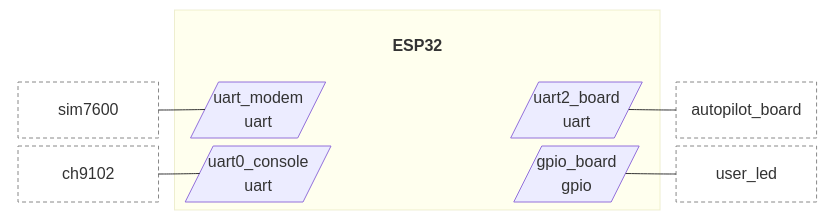
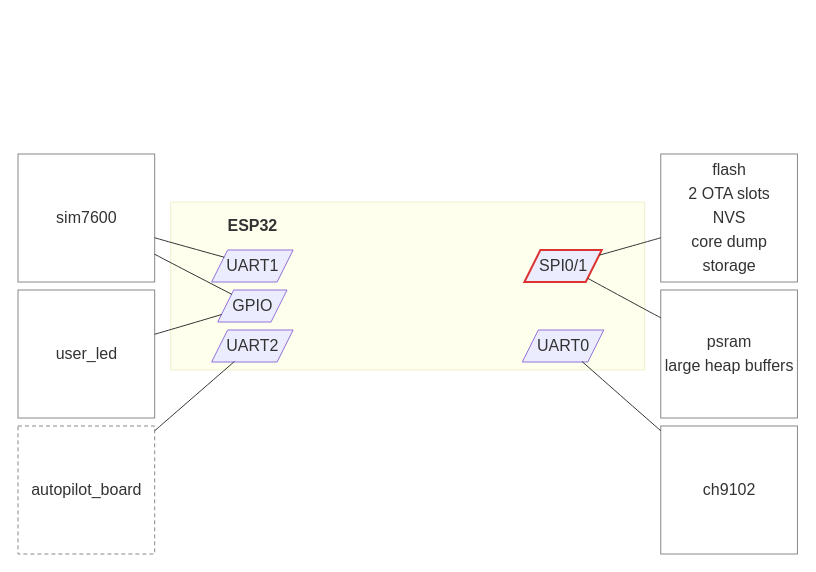
Before and after one commit to jRmx0/esp-architecture: the second of 4 diagrams in examples/gateway/diagrams.md, drawn with Mermaid. The commit also changed other lines of this file and 7 other files, not shown here.

First line of the commit message:
Block level 1: multi-bus devices, peripheral labels, planned devices, flash and PSRAM

````diff
--- a/examples/gateway/diagrams.md
+++ b/examples/gateway/diagrams.md
@@ -29,36 +29,48 @@
 ```mermaid
 block-beta
   columns 5
   block:left
     columns 1
     space
     n_sim7600["sim7600"]
-    n_ch9102["ch9102"]
+    n_user_led["user_led"]
+    n_autopilot_board["autopilot_board"]
   end
   block:chip:3
     columns 3
     chip_title["<b>ESP32</b>"]:3
-    n_uart_modem[/"uart_modem<br/>uart"/]
+    n_uart_modem[/"UART1"/]
     space
-    n_uart2_board[/"uart2_board<br/>uart"/]
-    n_uart0_console[/"uart0_console<br/>uart"/]
+    n_spi_mem[/"SPI0/1"/]
+    n_gpio_board[/"GPIO"/]
     space
-    n_gpio_board[/"gpio_board<br/>gpio"/]
+    space
+    n_uart2_board[/"UART2"/]
+    space
+    n_uart0_console[/"UART0"/]
   end
   block:right
     columns 1
     space
-    n_autopilot_board["autopilot_board"]
-    n_user_led["user_led"]
+    n_flash["flash<br/>2 OTA slots<br/>NVS<br/>core dump<br/>storage"]
+    n_psram["psram<br/>large heap buffers"]
+    n_ch9102["ch9102"]
   end
   style left fill:none,stroke:none
   style right fill:none,stroke:none
   n_uart_modem --- n_sim7600
+  n_gpio_board --- n_sim7600
+  n_gpio_board --- n_user_led
   n_uart2_board --- n_autopilot_board
   n_uart0_console --- n_ch9102
-  n_gpio_board --- n_user_led
+  n_spi_mem --- n_flash
+  n_spi_mem --- n_psram
   classDef title fill:none,stroke:none
-  classDef device fill:none,stroke:#888,stroke-dasharray:4 3
+  classDef device fill:none,stroke:#888
+  classDef planned fill:none,stroke:#888,stroke-dasharray:4 3
   class chip_title title
-  class n_sim7600,n_autopilot_board,n_ch9102,n_user_led device
+  class n_sim7600,n_user_led,n_ch9102,n_flash,n_psram device
+  class n_autopilot_board planned
+  classDef shared stroke:#d33,stroke-width:2px
+  class n_spi_mem shared
 ```
````
